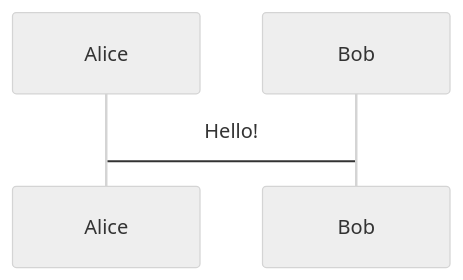
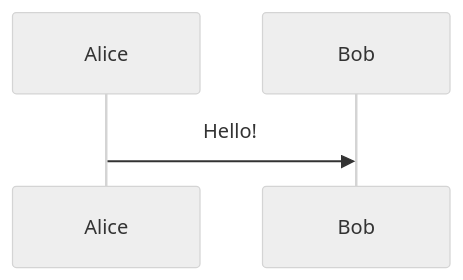
One commit to alex-176/slidev-intro changed the second of 4 diagrams in slidev_for_devs.md. Above: the diagram before and after it, drawn with Mermaid (neutral theme). The commit also changed other lines of this file and 172 other files, not shown here.

````diff
--- a/slidev_for_devs.md
+++ b/slidev_for_devs.md
@@ -348,4 +403,4 @@
 ```mermaid {scale: 0.5}
 sequenceDiagram
-Alice -> Bob : Hello!
+Alice ->> Bob : Hello!
 ```
````
